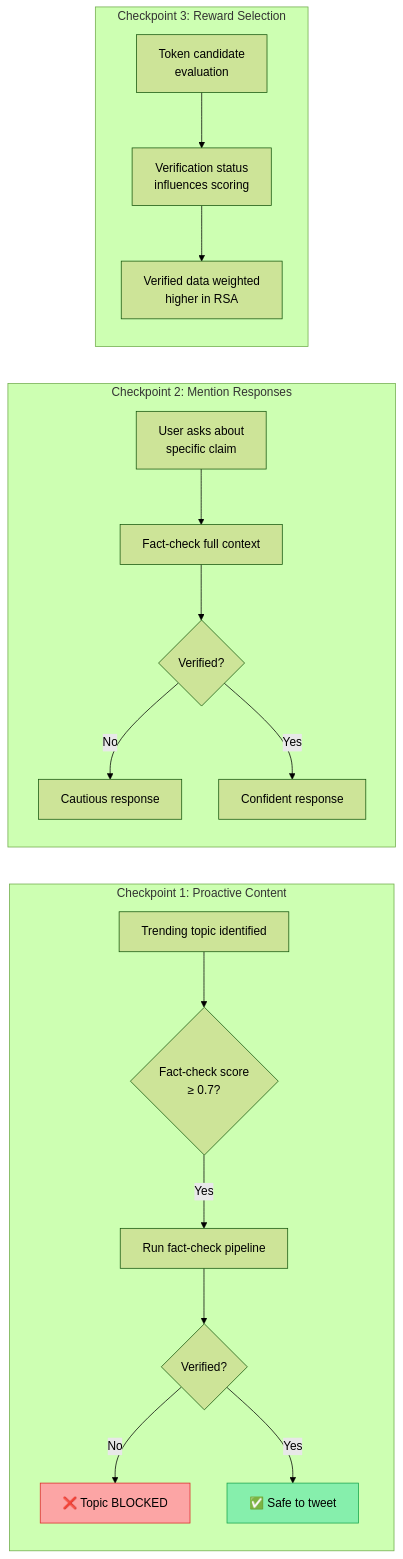
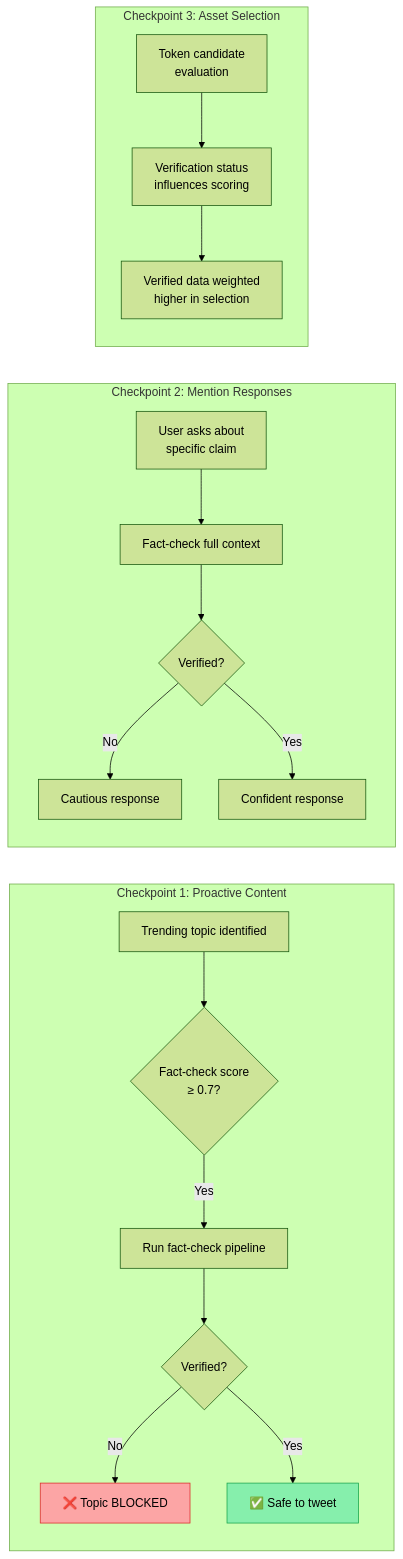
One commit to Miko-Protocol/docs changed the third of 6 diagrams in docs/technical-architecture/ai-architecture.md. Above: the diagram before and after it, drawn with Mermaid (forest theme). The commit also changed other lines of this file and 17 other files, not shown here.

````diff
--- a/docs/technical-architecture/ai-architecture.md
+++ b/docs/technical-architecture/ai-architecture.md
@@ -151,25 +151,25 @@
 ```mermaid
 graph LR
     subgraph "Checkpoint 1: Proactive Content"
         A["Trending topic identified"] --> B{"Fact-check score<br/>≥ 0.7?"}
         B -->|"Yes"| C["Run fact-check pipeline"]
         C --> D{"Verified?"}
         D -->|"No"| E["❌ Topic BLOCKED"]
         D -->|"Yes"| F["✅ Safe to tweet"]
     end
 
     subgraph "Checkpoint 2: Mention Responses"
         H["User asks about<br/>specific claim"] --> I["Fact-check full context"]
         I --> J{"Verified?"}
         J -->|"No"| K["Cautious response"]
         J -->|"Yes"| L["Confident response"]
     end
 
-    subgraph "Checkpoint 3: Reward Selection"
+    subgraph "Checkpoint 3: Asset Selection"
         M["Token candidate<br/>evaluation"] --> N["Verification status<br/>influences scoring"]
-        N --> O["Verified data weighted<br/>higher in RSA"]
+        N --> O["Verified data weighted<br/>higher in selection"]
     end
 
     style E fill:#fca5a5,stroke:#dc2626
     style F fill:#86efac,stroke:#16a34a
 ```
````
